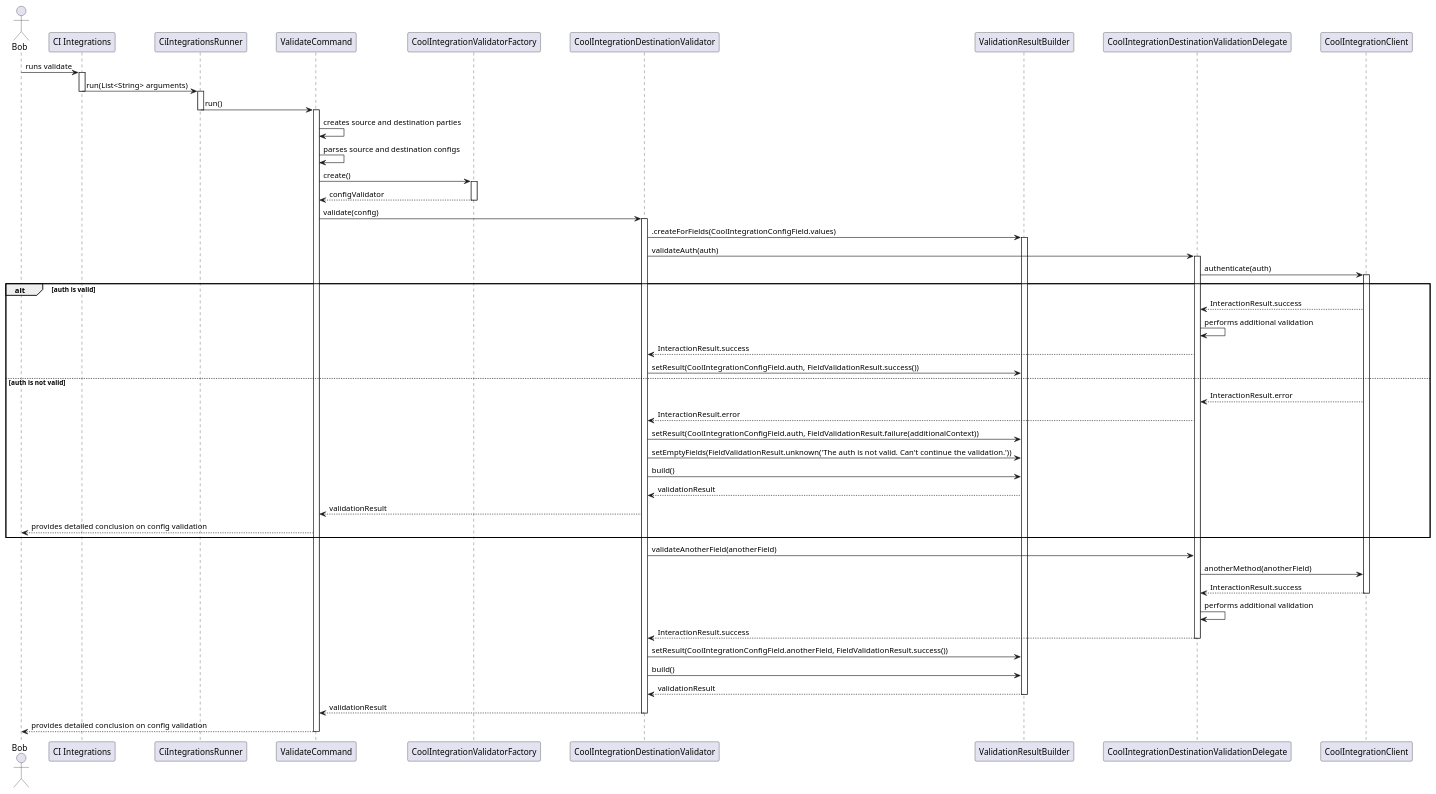
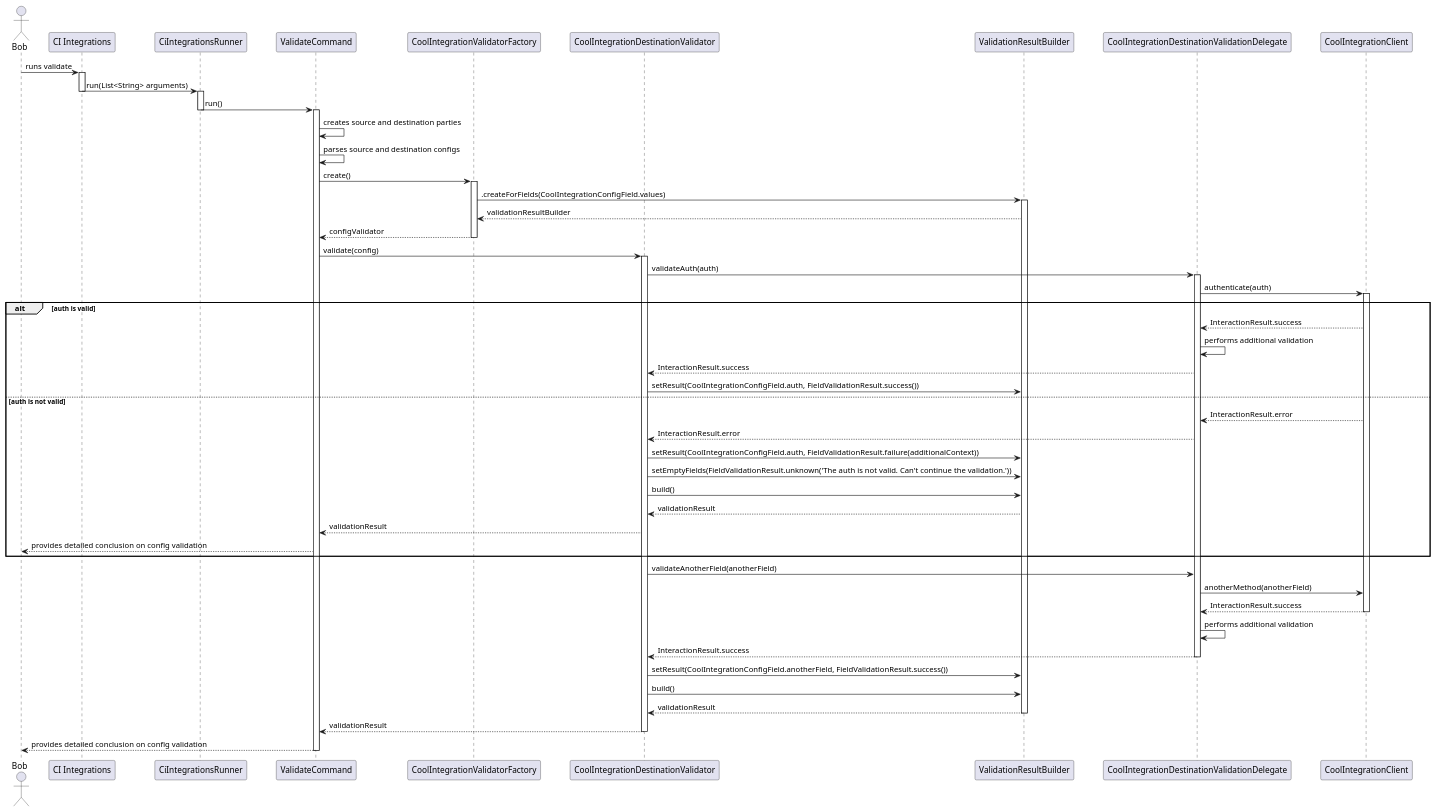
Before and after one commit to Flank/flank-dashboard: the diagram in metrics/ci_integrations/docs/diagrams/config_validator_sequence_diagram.puml, drawn with PlantUML. The commit also changed 2 other files, not shown here.

```diff
--- a/metrics/ci_integrations/docs/diagrams/config_validator_sequence_diagram.puml
+++ b/metrics/ci_integrations/docs/diagrams/config_validator_sequence_diagram.puml
@@ -1,96 +1,99 @@
 @startuml config_validator_sequence_diagram
 
 skinparam ParticipantPadding 20
 skinparam BoxPadding 10
 
 actor Bob
 
 participant "CI Integrations"
 participant CiIntegrationsRunner
 participant ValidateCommand
 participant CoolIntegrationValidatorFactory
 participant CoolIntegrationDestinationValidator
 participant ValidationResultBuilder
 participant CoolIntegrationDestinationValidationDelegate
 participant CoolIntegrationClient
 
 Bob -> "CI Integrations" : runs validate
 activate "CI Integrations"
 
 "CI Integrations" -> CiIntegrationsRunner: run(List<String> arguments)
 deactivate "CI Integrations"
 activate CiIntegrationsRunner
 
 CiIntegrationsRunner -> ValidateCommand: run()
 deactivate CiIntegrationsRunner
 activate ValidateCommand
 
 ValidateCommand -> ValidateCommand : creates source and destination parties
 ValidateCommand -> ValidateCommand : parses source and destination configs
 
 ValidateCommand -> CoolIntegrationValidatorFactory : create()
 activate CoolIntegrationValidatorFactory
 
+CoolIntegrationValidatorFactory -> ValidationResultBuilder : .createForFields(CoolIntegrationConfigField.values)
+activate ValidationResultBuilder
+
+ValidationResultBuilder --> CoolIntegrationValidatorFactory : validationResultBuilder
+
+
 CoolIntegrationValidatorFactory --> ValidateCommand : configValidator
 deactivate CoolIntegrationValidatorFactory
 
 ValidateCommand -> CoolIntegrationDestinationValidator : validate(config)
 activate CoolIntegrationDestinationValidator
-
-CoolIntegrationDestinationValidator -> ValidationResultBuilder : .createForFields(CoolIntegrationConfigField.values)
-activate ValidationResultBuilder
 
 CoolIntegrationDestinationValidator -> CoolIntegrationDestinationValidationDelegate : validateAuth(auth)
 
 activate CoolIntegrationDestinationValidationDelegate
 
 CoolIntegrationDestinationValidationDelegate -> CoolIntegrationClient : authenticate(auth)
 activate  CoolIntegrationClient
 
 alt auth is valid
 
     CoolIntegrationClient --> CoolIntegrationDestinationValidationDelegate : InteractionResult.success
     CoolIntegrationDestinationValidationDelegate -> CoolIntegrationDestinationValidationDelegate : performs additional validation
     CoolIntegrationDestinationValidationDelegate --> CoolIntegrationDestinationValidator : InteractionResult.success
     CoolIntegrationDestinationValidator -> ValidationResultBuilder : setResult(CoolIntegrationConfigField.auth, FieldValidationResult.success())
 
 else auth is not valid
 
     CoolIntegrationClient --> CoolIntegrationDestinationValidationDelegate : InteractionResult.error
     CoolIntegrationDestinationValidationDelegate --> CoolIntegrationDestinationValidator : InteractionResult.error
     CoolIntegrationDestinationValidator -> ValidationResultBuilder : setResult(CoolIntegrationConfigField.auth, FieldValidationResult.failure(additionalContext))
     CoolIntegrationDestinationValidator -> ValidationResultBuilder : setEmptyFields(FieldValidationResult.unknown('The auth is not valid. Can't continue the validation.'))
     CoolIntegrationDestinationValidator -> ValidationResultBuilder : build()
     ValidationResultBuilder --> CoolIntegrationDestinationValidator : validationResult
 
     CoolIntegrationDestinationValidator --> ValidateCommand : validationResult
     ValidateCommand --> Bob : provides detailed conclusion on config validation
 
 end
 
 
 CoolIntegrationDestinationValidator -> CoolIntegrationDestinationValidationDelegate : validateAnotherField(anotherField)
 CoolIntegrationDestinationValidationDelegate -> CoolIntegrationClient : anotherMethod(anotherField)
 
 CoolIntegrationClient --> CoolIntegrationDestinationValidationDelegate : InteractionResult.success
 deactivate CoolIntegrationClient
 
 CoolIntegrationDestinationValidationDelegate -> CoolIntegrationDestinationValidationDelegate : performs additional validation
 CoolIntegrationDestinationValidationDelegate --> CoolIntegrationDestinationValidator : InteractionResult.success
 deactivate CoolIntegrationDestinationValidationDelegate
 
 CoolIntegrationDestinationValidator -> ValidationResultBuilder : setResult(CoolIntegrationConfigField.anotherField, FieldValidationResult.success())
 CoolIntegrationDestinationValidator -> ValidationResultBuilder : build()
 ValidationResultBuilder --> CoolIntegrationDestinationValidator : validationResult
 
 deactivate ValidationResultBuilder
 
 CoolIntegrationDestinationValidator --> ValidateCommand : validationResult
 
 deactivate CoolIntegrationDestinationValidator
 
 ValidateCommand --> Bob : provides detailed conclusion on config validation
 
 deactivate ValidateCommand
 
 @enduml
```
